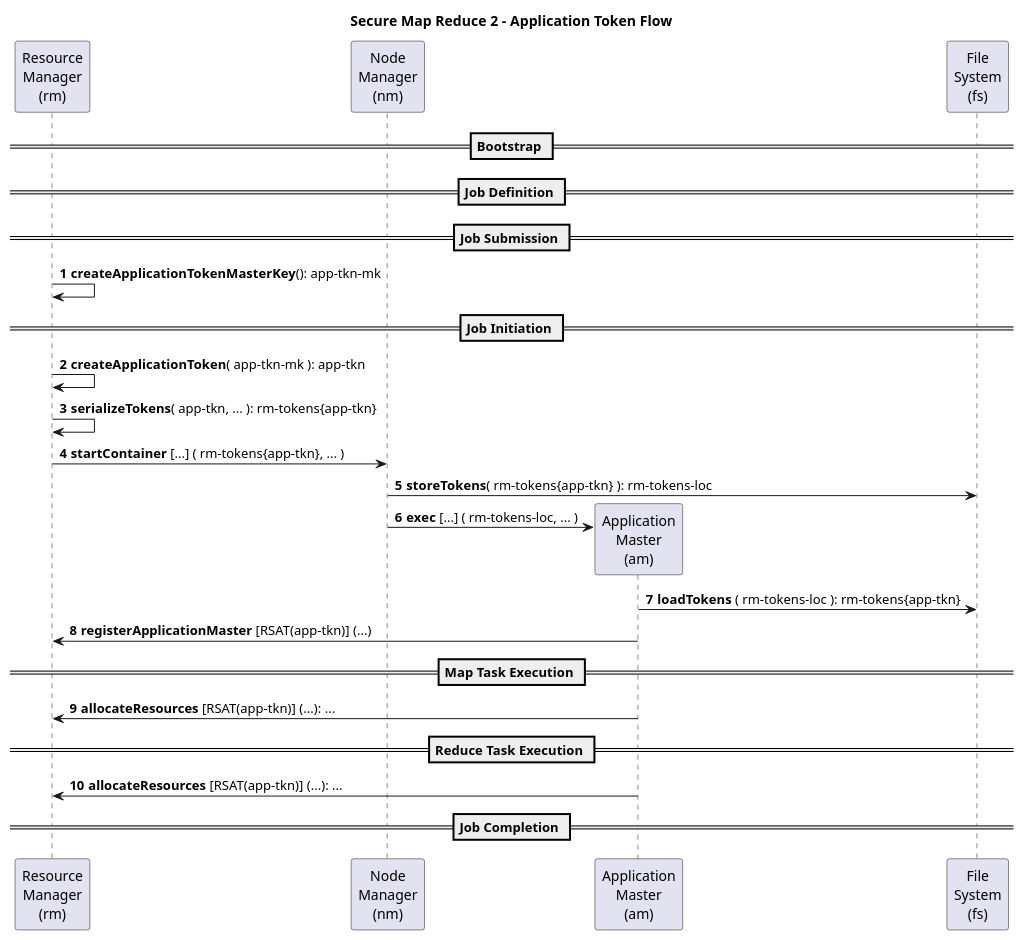
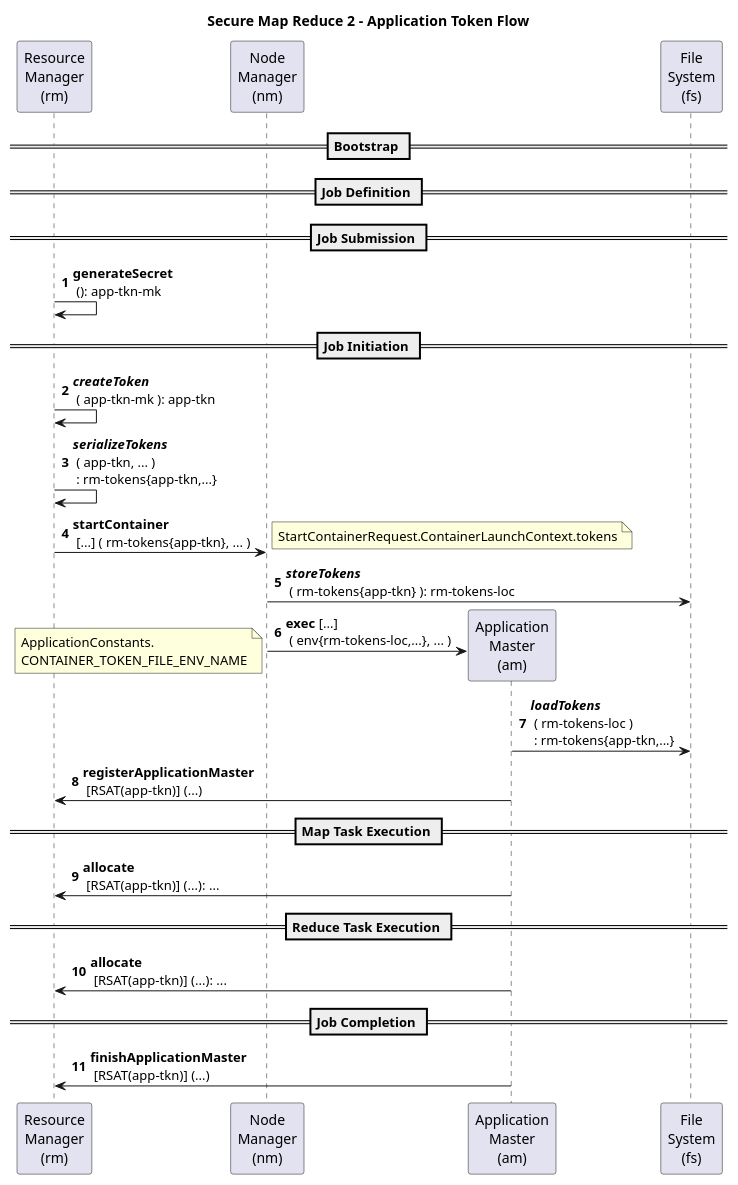
One commit to kminder/puml changed the diagram in hadoop/src/mr2/secure-mapreduce2-10-app-tkn.puml. Above: the diagram before and after it, drawn with PlantUML. The commit also changed 3 other files, not shown here.

Commit message:
Correct launching and several token diagrams.

```diff
--- a/hadoop/src/mr2/secure-mapreduce2-10-app-tkn.puml
+++ b/hadoop/src/mr2/secure-mapreduce2-10-app-tkn.puml
@@ -1,67 +1,87 @@
 @startuml
 title Secure Map Reduce 2 - Application Token Flow
 autonumber
 'hide footbox
 
 'participant "Client\n(c)" as C
 participant "Resource\nManager\n(rm)" as RM
 'participant "History\nServer\n(hs)" as HS
 participant "Node\nManager\n(nm)" as NM
 'participant "Shuffle\nHandler\n(ss)" as SS
 participant "Application\nMaster\n(am)" as AM
 'participant "Client\nService\n(cs)" as CS
 'participant "Application\nContainer\n(ac)" as AC #red
 'participant "Task\n(t)" as T #orange
 participant "File\nSystem\n(fs)" as FS
 'participant "Name\nNode\n(nn)" as NN
 'participant "Data\nNode\n(dn)" as DN
 'participant "Kerberos\nKDC" as KDC
 
 'note over C,DN #green: QUESTION ?
 
 == Bootstrap ==
 
 == Job Definition ==
 
 == Job Submission ==
 
 '1
-RM->RM: <b>createApplicationTokenMasterKey</b>(): app-tkn-mk
+'
+'AMRMTokenSecretManager.generateSecret
+RM->RM: <b>generateSecret</b>\n (): app-tkn-mk
 
 == Job Initiation ==
 
 '2
-RM->RM: <b>createApplicationToken</b>( app-tkn-mk ): app-tkn
+RM->RM: <b><i>createToken</i></b>\n ( app-tkn-mk ): app-tkn
 
 '3
-RM->RM: <b>serializeTokens</b>( app-tkn, ... ): rm-tokens{app-tkn}
+'AMLauncher.setupTokensAndEnv
+'credentials.writeTokenStorageToStream(dob);
+'container.setTokens(ByteBuffer.wrap(dob.getData(), 0,
+RM->RM: <b><i>serializeTokens</i></b>\n ( app-tkn, ... )\n : rm-tokens{app-tkn,...}
 
 '4
-RM->NM: <b>startContainer</b> [...] ( rm-tokens{app-tkn}, ... )
+'NMClientImpl.startContainer
+'ContainerManagerImpl.startContainer
+RM->NM: <b>startContainer</b>\n [...] ( rm-tokens{app-tkn}, ... )
+  note right: StartContainerRequest.ContainerLaunchContext.tokens
 
 '5
-NM->FS: <b>storeTokens</b>( rm-tokens{app-tkn} ): rm-tokens-loc
+'ContainerLaunch.call
+'Credentials.writeTokenStorageToStream
+NM->FS: <b><i>storeTokens</i></b>\n ( rm-tokens{app-tkn} ): rm-tokens-loc
   create AM
 
 '6
-NM->AM: <b>exec</b> [...] ( rm-tokens-loc, ... )
+NM->AM: <b>exec</b> [...]\n ( env{rm-tokens-loc,...}, ... )
+  note left: ApplicationConstants.\nCONTAINER_TOKEN_FILE_ENV_NAME
 
 '7
-AM->FS: <b>loadTokens</b> ( rm-tokens-loc ): rm-tokens{app-tkn}
+'ContainerLocalizer.runLocalization
+'Credentials.readTokenStorageStream
+AM->FS: <b><i>loadTokens</i></b>\n ( rm-tokens-loc )\n : rm-tokens{app-tkn,...}
 
 '8
-AM->RM: <b>registerApplicationMaster</b> [RSAT(app-tkn)] (...)
+''ApplicationMasterService.registerApplicationMaster
+AM->RM: <b>registerApplicationMaster</b>\n [RSAT(app-tkn)] (...)
 
 == Map Task Execution ==
 
 '9
-AM->RM: <b>allocateResources</b> [RSAT(app-tkn)] (...): ...
+'ApplicationMasterService.allocate
+AM->RM: <b>allocate</b>\n [RSAT(app-tkn)] (...): ...
 
 == Reduce Task Execution ==
 
 '10
-AM->RM: <b>allocateResources</b> [RSAT(app-tkn)] (...): ...
+'ApplicationMasterService.allocate
+AM->RM: <b>allocate</b>\n [RSAT(app-tkn)] (...): ...
 
 == Job Completion ==
 
+'8
+''ApplicationMasterService.finishApplicationMaster
+AM->RM: <b>finishApplicationMaster</b>\n [RSAT(app-tkn)] (...)
+
 @enduml
```
